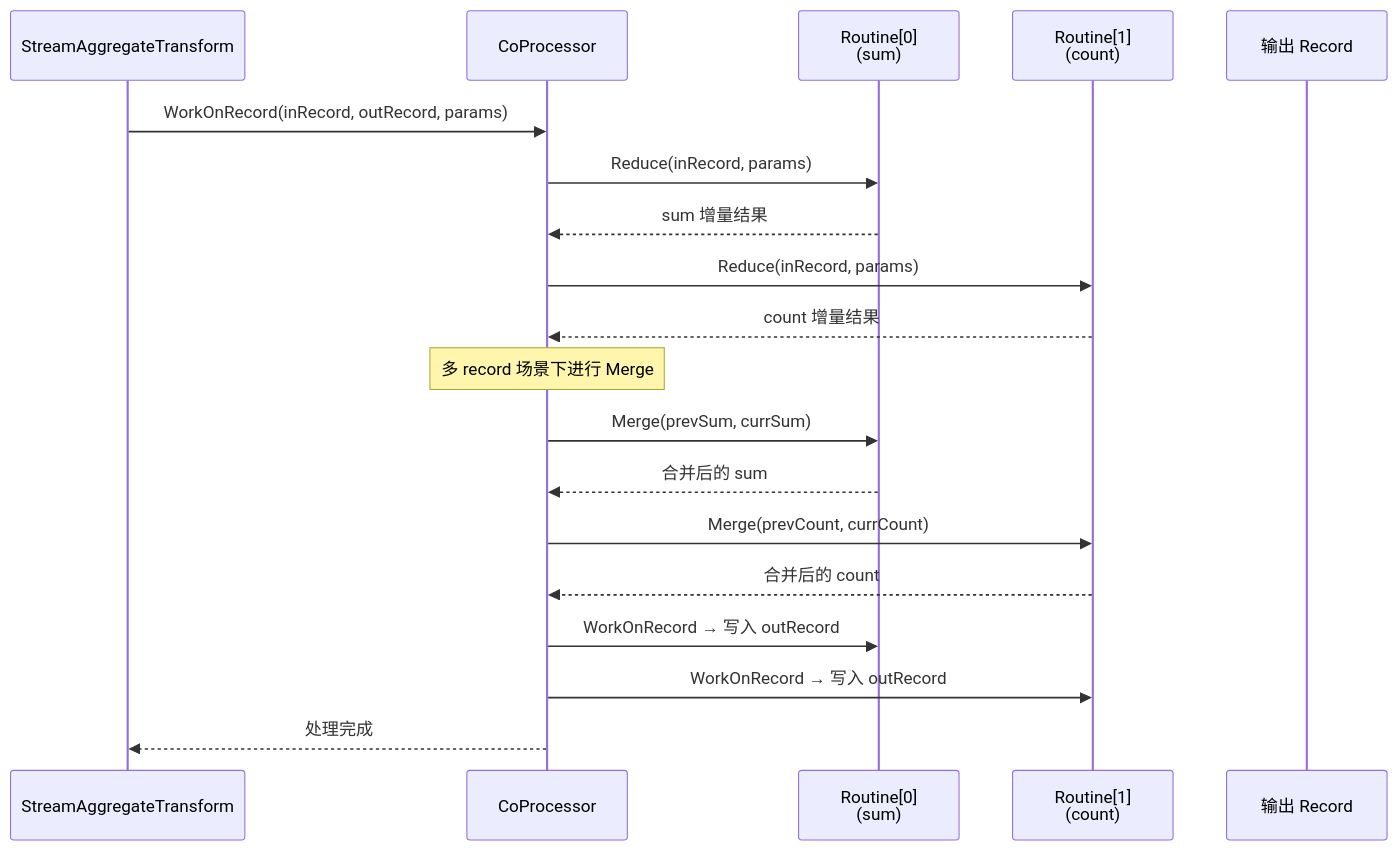
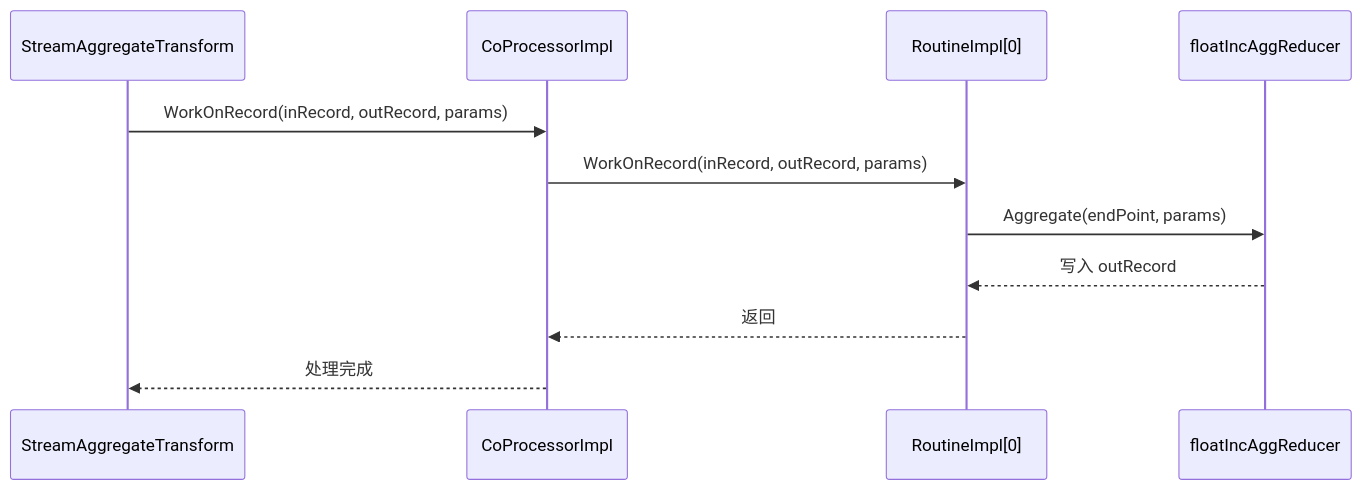
Diagram 17 of 17 in docs/specs/08_promql_compatibility_spec.md (stefanv5/openGemini), drawn with Mermaid before and after one commit. The commit also changed other lines of this file and 37 other files, not shown here.

````diff
--- a/docs/specs/08_promql_compatibility_spec.md
+++ b/docs/specs/08_promql_compatibility_spec.md
@@ -4107,27 +4449,14 @@
 ```mermaid
 sequenceDiagram
     participant Transform as StreamAggregateTransform
-    participant CP as CoProcessor
-    participant R0 as Routine[0]<br/>(sum)
-    participant R1 as Routine[1]<br/>(count)
-    participant Out as 输出 Record
+    participant CP as CoProcessorImpl
+    participant R0 as RoutineImpl[0]
+    participant D0 as floatIncAggReducer
 
     Transform->>CP: WorkOnRecord(inRecord, outRecord, params)
-    CP->>R0: Reduce(inRecord, params)
-    R0-->>CP: sum 增量结果
-
-    CP->>R1: Reduce(inRecord, params)
-    R1-->>CP: count 增量结果
-
-    Note over CP: 多 record 场景下进行 Merge
-
-    CP->>R0: Merge(prevSum, currSum)
-    R0-->>CP: 合并后的 sum
-
-    CP->>R1: Merge(prevCount, currCount)
-    R1-->>CP: 合并后的 count
-
-    CP->>R0: WorkOnRecord → 写入 outRecord
-    CP->>R1: WorkOnRecord → 写入 outRecord
+    CP->>R0: WorkOnRecord(inRecord, outRecord, params)
+    R0->>D0: Aggregate(endPoint, params)
+    D0-->>R0: 写入 outRecord
+    R0-->>CP: 返回
     CP-->>Transform: 处理完成
 ```
````
